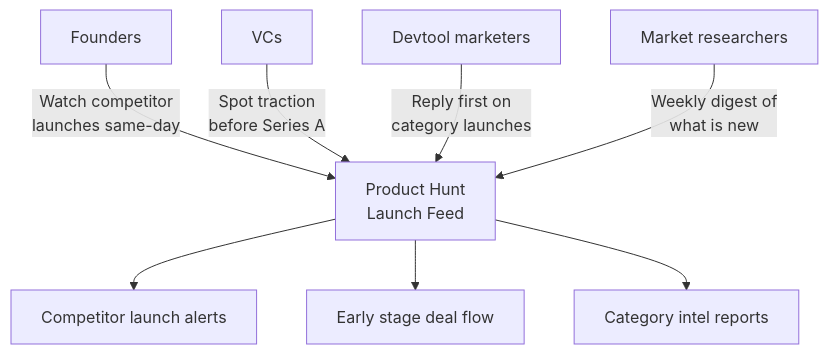
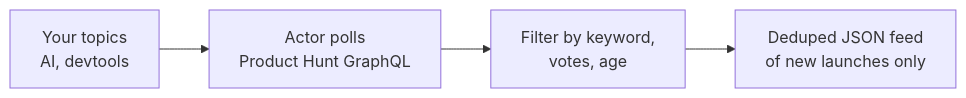
One commit to Ken-Mutisya/scrapemint changed the first of 3 diagrams in actors/producthunt-launch-tracker/README.md. Above: the diagram before and after it, drawn with Mermaid. The commit also changed other lines of this file and 3 other files, not shown here.

First line of the commit message:
Tighten Reddit, HN, Product Hunt, and Amazon READMEs for organic search

````diff
--- a/actors/producthunt-launch-tracker/README.md
+++ b/actors/producthunt-launch-tracker/README.md
@@ -11,10 +11,6 @@
 ```mermaid
-flowchart TD
-    A[Founders] -->|Watch competitor<br/>launches same-day| D[Product Hunt<br/>Launch Feed]
-    B[VCs] -->|Spot traction<br/>before Series A| D
-    C[Devtool marketers] -->|Reply first on<br/>category launches| D
-    E[Market researchers] -->|Weekly digest of<br/>what is new| D
-    D --> F[Competitor launch alerts]
-    D --> G[Early stage deal flow]
-    D --> H[Category intel reports]
+flowchart LR
+    A[Your topics<br/>AI, devtools] --> B[Actor polls<br/>Product Hunt GraphQL]
+    B --> C[Filter by keyword,<br/>votes, age]
+    C --> D[Deduped JSON feed<br/>of new launches only]
 ```
````
